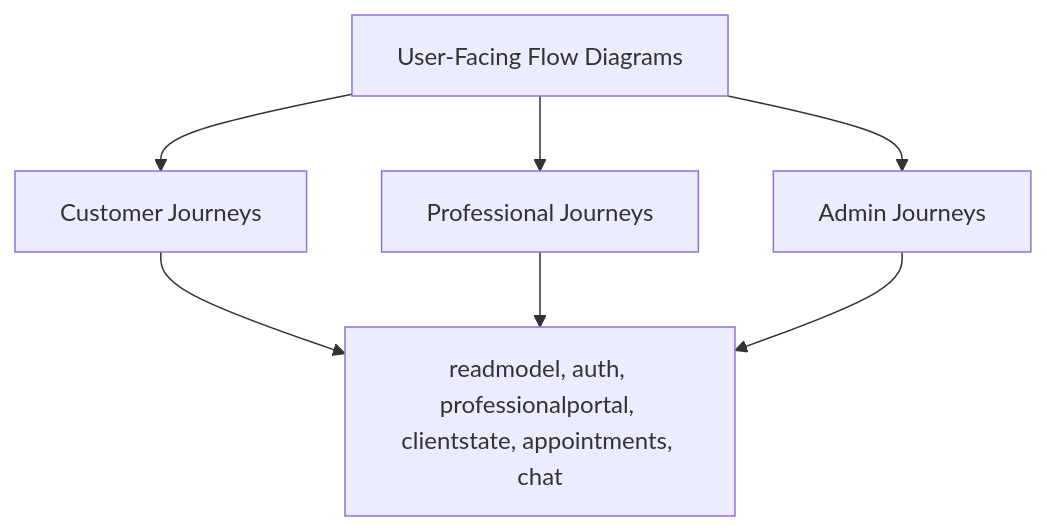
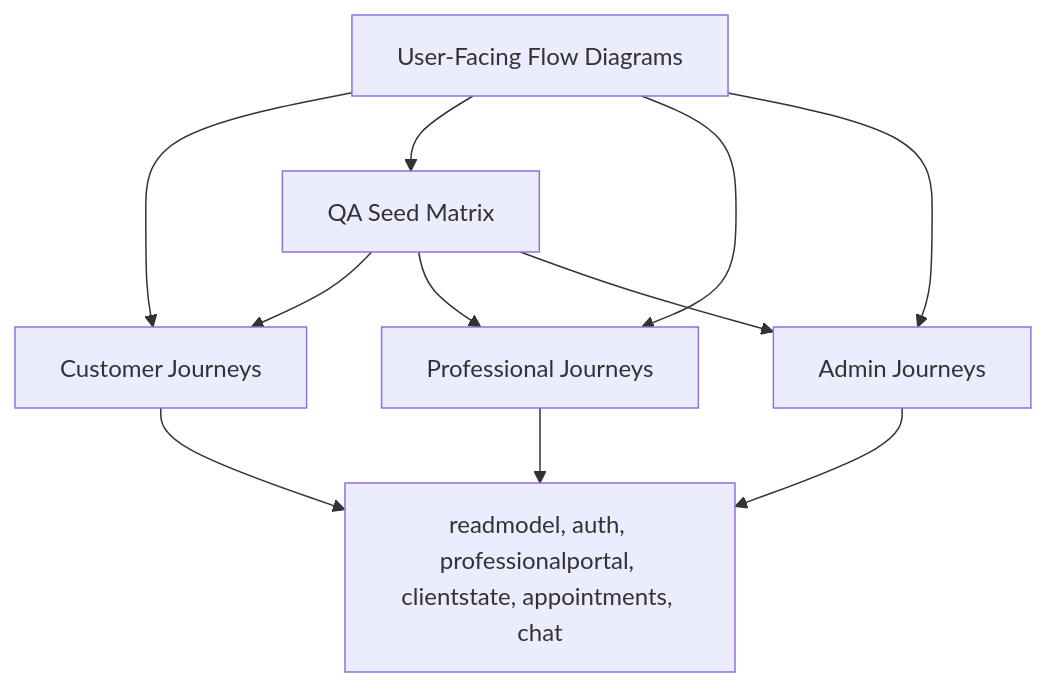
The diagram in docs/user-flows/README.md (adyfk/bidanapp), drawn with Mermaid before and after one commit. The commit also changed other lines of this file and 29 other files, not shown here.

````diff
--- a/docs/user-flows/README.md
+++ b/docs/user-flows/README.md
@@ -16,10 +17,14 @@
 ```mermaid
 flowchart TD
   index["User-Facing Flow Diagrams"] --> customer["Customer Journeys"]
+  index --> qa["QA Seed Matrix"]
   index --> professional["Professional Journeys"]
   index --> admin["Admin Journeys"]
+  qa --> customer
+  qa --> professional
+  qa --> admin
   customer --> shared["Shared backend domains"]
   professional --> shared
   admin --> shared
   shared["readmodel, auth, professionalportal, clientstate, appointments, chat"]
 ```
````
